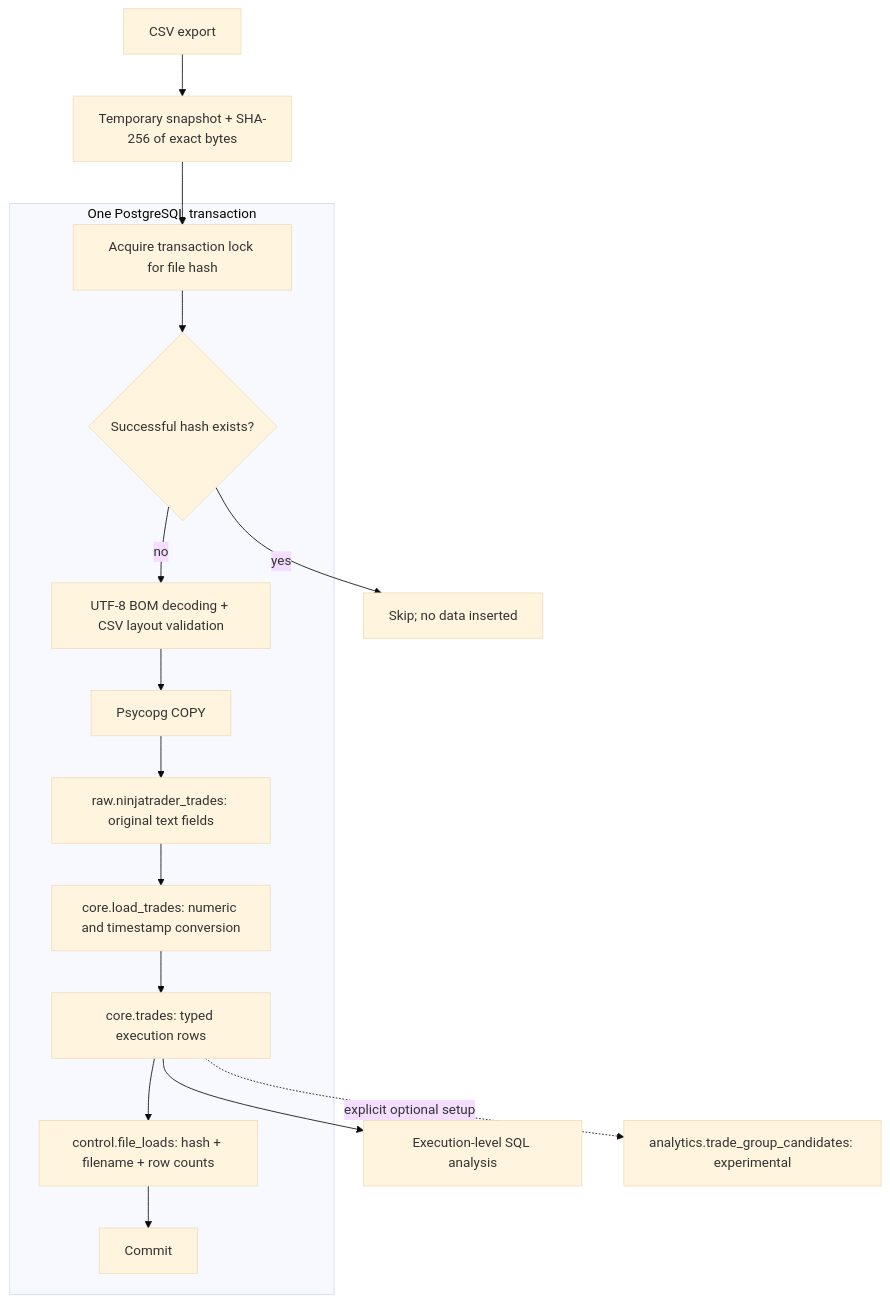
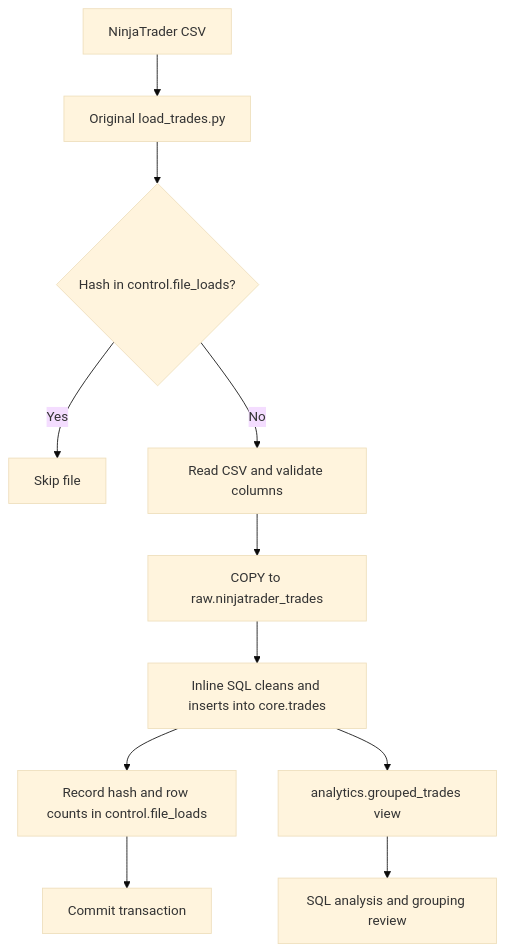
One commit to jaar81/de-ninjatrader-postgres-etl changed the diagram in docs/architecture.md. Above: the diagram before and after it, drawn with Mermaid (base theme). The commit also changed other lines of this file and 17 other files, not shown here.

````diff
--- a/docs/architecture.md
+++ b/docs/architecture.md
@@ -5,20 +3,13 @@
 ```mermaid
 flowchart TD
-    input[CSV export] --> snapshot[Temporary snapshot + SHA-256 of exact bytes]
-    snapshot --> lock[Acquire transaction lock for file hash]
-    lock --> lookup{Successful hash exists?}
-    lookup -->|yes| skip[Skip; no data inserted]
-    lookup -->|no| parser[UTF-8 BOM decoding + CSV layout validation]
-    subgraph tx[One PostgreSQL transaction]
-      lock
-      lookup
-      parser --> copy[Psycopg COPY]
-      copy --> raw[raw.ninjatrader_trades: original text fields]
-      raw --> transform[core.load_trades: numeric and timestamp conversion]
-      transform --> core[core.trades: typed execution rows]
-      core --> audit[control.file_loads: hash + filename + row counts]
-      audit --> commit[Commit]
-    end
-    core --> analysis[Execution-level SQL analysis]
-    core -. explicit optional setup .-> candidate[analytics.trade_group_candidates: experimental]
+    A[NinjaTrader CSV] --> B[Original load_trades.py]
+    B --> C{Hash in control.file_loads?}
+    C -->|Yes| D[Skip file]
+    C -->|No| E[Read CSV and validate columns]
+    E --> F[COPY to raw.ninjatrader_trades]
+    F --> G[Inline SQL cleans and inserts into core.trades]
+    G --> H[Record hash and row counts in control.file_loads]
+    H --> I[Commit transaction]
+    G --> J[analytics.grouped_trades view]
+    J --> K[SQL analysis and grouping review]
 ```
````
